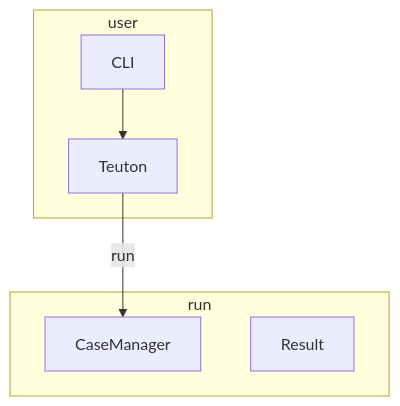
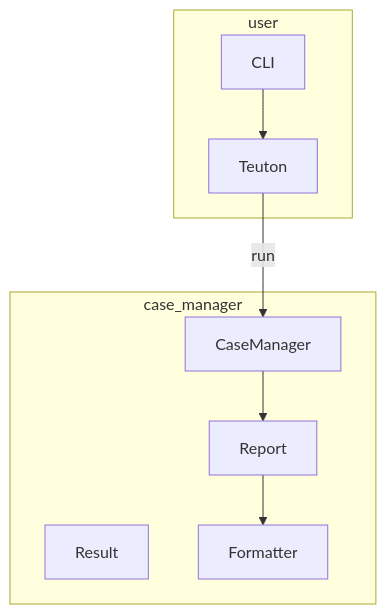
Before and after one commit to teuton-software/teuton: the second of 2 diagrams in docs/diagram.md, drawn with Mermaid.

````diff
--- a/docs/diagram.md
+++ b/docs/diagram.md
@@ -43,12 +43,17 @@
 ```mermaid
 flowchart TB
 
 subgraph user
   CLI --> Teuton
 end
 
-subgraph run
+subgraph case_manager
   Teuton -- run --> CaseManager
   Result
 end
+
+subgraph case_manager
+  CaseManager --> Report
+  Report --> Formatter
+end
 ```
````
